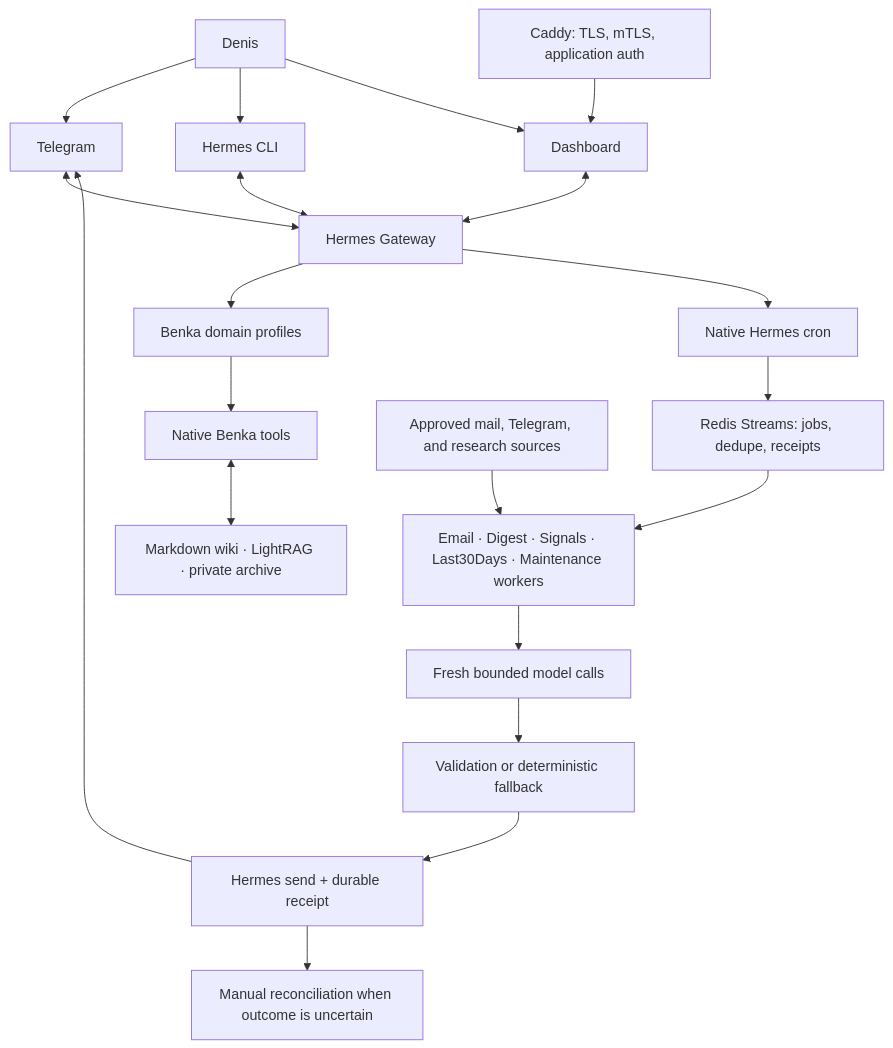
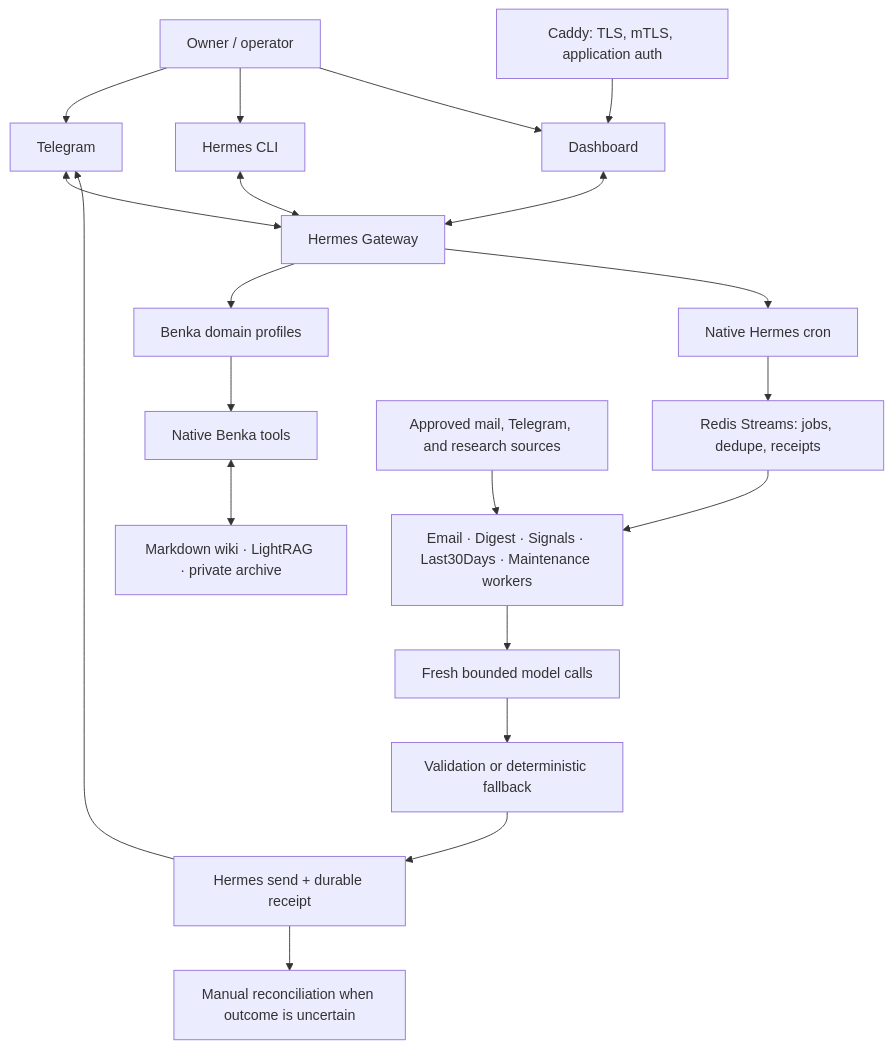
Before and after one commit to eiler2005/my-ai-office: the second of 2 diagrams in README.md, drawn with Mermaid. The commit also changed other lines of this file and 2 other files, not shown here.

````diff
--- a/README.md
+++ b/README.md
@@ -115,22 +116,22 @@
 ```mermaid
 flowchart TB
-    Denis["Denis"] --> Telegram["Telegram"]
-    Denis --> CLI["Hermes CLI"]
-    Denis --> Panel["Dashboard"]
+    Operator["Owner / operator"] --> Telegram["Telegram"]
+    Operator --> CLI["Hermes CLI"]
+    Operator --> Panel["Dashboard"]
     Caddy["Caddy: TLS, mTLS, application auth"] --> Panel
     Telegram <--> Gateway["Hermes Gateway"]
     CLI <--> Gateway
     Panel <--> Gateway
     Gateway --> Profiles["Benka domain profiles"]
     Profiles --> Tools["Native Benka tools"]
     Tools <--> Knowledge["Markdown wiki · LightRAG · private archive"]
     Gateway --> Cron["Native Hermes cron"]
     Cron --> Redis["Redis Streams: jobs, dedupe, receipts"]
     Redis --> Workers["Email · Digest · Signals · Last30Days · Maintenance workers"]
     Sources["Approved mail, Telegram, and research sources"] --> Workers
     Workers --> Models["Fresh bounded model calls"]
     Models --> Validate["Validation or deterministic fallback"]
     Validate --> Delivery["Hermes send + durable receipt"]
     Delivery --> Telegram
     Delivery --> Reconcile["Manual reconciliation when outcome is uncertain"]
 ```
````
